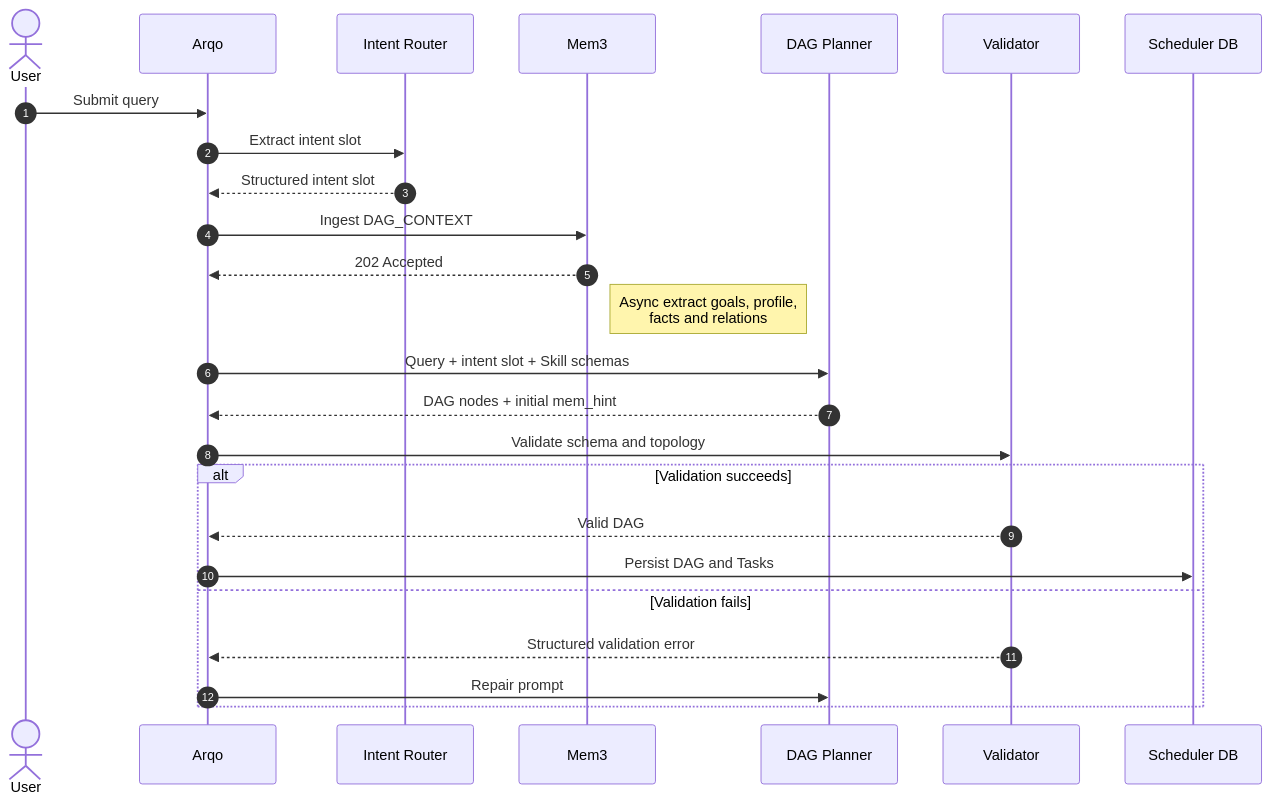
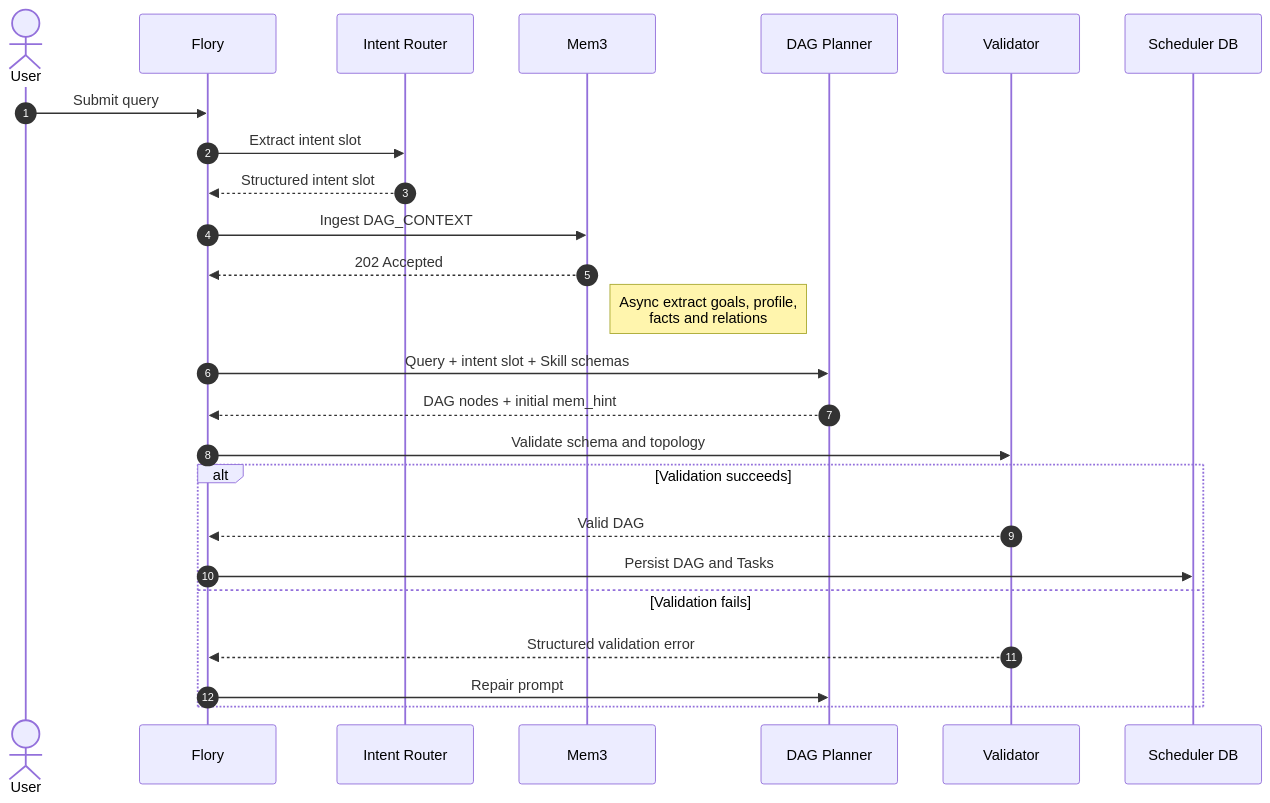
Before and after one commit to linuxb/Aurora: the diagram in doc/design/Intent-Router.md, drawn with Mermaid. The commit also changed other lines of this file and 112 other files, not shown here.

Commit message:
refactor(flory): rename arqo scheduler service

````diff
--- a/doc/design/Intent-Router.md
+++ b/doc/design/Intent-Router.md
@@ -18,30 +18,30 @@
 ```mermaid
 sequenceDiagram
     autonumber
     actor User
-    participant Arqo
+    participant Flory
     participant Router as Intent Router
     participant Mem3
     participant Planner as DAG Planner
     participant Validator
     participant DB as Scheduler DB
 
-    User->>Arqo: Submit query
-    Arqo->>Router: Extract intent slot
-    Router-->>Arqo: Structured intent slot
-    Arqo->>Mem3: Ingest DAG_CONTEXT
-    Mem3-->>Arqo: 202 Accepted
+    User->>Flory: Submit query
+    Flory->>Router: Extract intent slot
+    Router-->>Flory: Structured intent slot
+    Flory->>Mem3: Ingest DAG_CONTEXT
+    Mem3-->>Flory: 202 Accepted
     Note right of Mem3: Async extract goals, profile,<br/>facts and relations
 
-    Arqo->>Planner: Query + intent slot + Skill schemas
-    Planner-->>Arqo: DAG nodes + initial mem_hint
-    Arqo->>Validator: Validate schema and topology
+    Flory->>Planner: Query + intent slot + Skill schemas
+    Planner-->>Flory: DAG nodes + initial mem_hint
+    Flory->>Validator: Validate schema and topology
 
     alt Validation succeeds
-        Validator-->>Arqo: Valid DAG
-        Arqo->>DB: Persist DAG and Tasks
+        Validator-->>Flory: Valid DAG
+        Flory->>DB: Persist DAG and Tasks
     else Validation fails
-        Validator-->>Arqo: Structured validation error
-        Arqo->>Planner: Repair prompt
+        Validator-->>Flory: Structured validation error
+        Flory->>Planner: Repair prompt
     end
 ```
````
